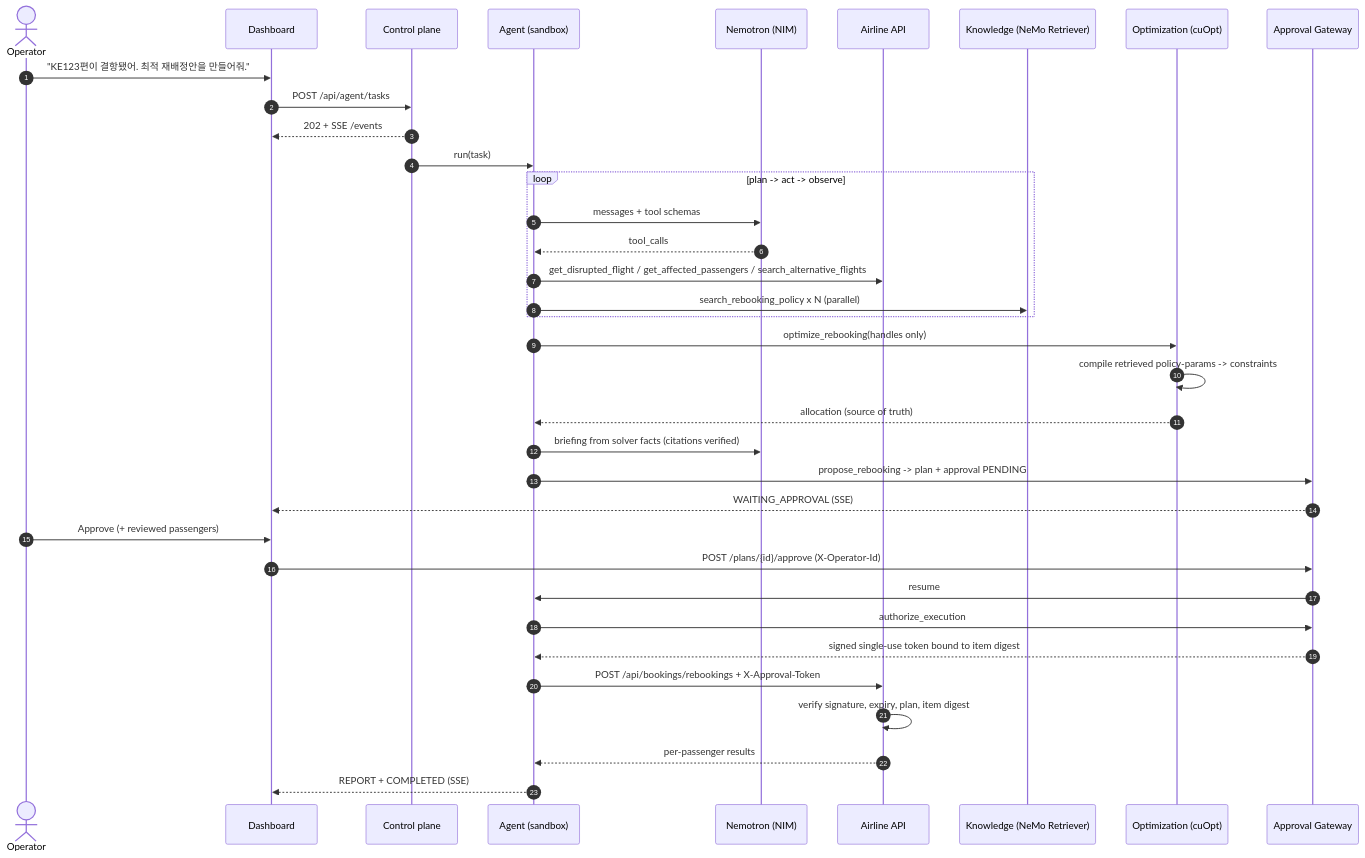
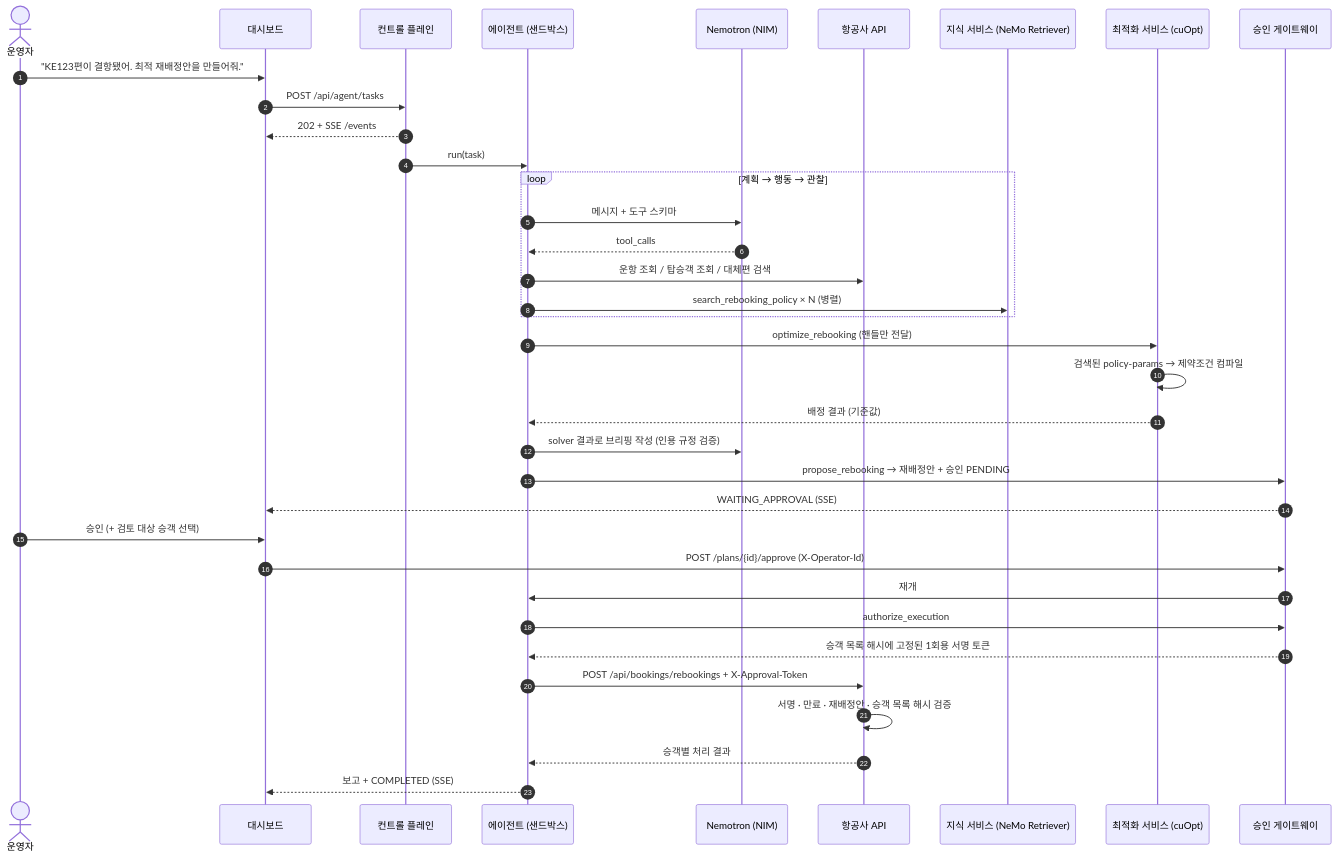
One commit to hyunolike/reroute-irops-agent changed the third of 7 diagrams in docs/architecture.md. Above: the diagram before and after it, drawn with Mermaid. The commit also changed other lines of this file and 2 other files, not shown here.

First line of the commit message:
Korean documentation: README, architecture, AWS deployment guide

````diff
--- a/docs/architecture.md
+++ b/docs/architecture.md
@@ -86,39 +94,39 @@
 ```mermaid
 sequenceDiagram
     autonumber
-    actor Op as Operator
-    participant UI as Dashboard
-    participant API as Control plane
-    participant AG as Agent (sandbox)
+    actor Op as 운영자
+    participant UI as 대시보드
+    participant API as 컨트롤 플레인
+    participant AG as 에이전트 (샌드박스)
     participant LLM as Nemotron (NIM)
-    participant AL as Airline API
-    participant KS as Knowledge (NeMo Retriever)
-    participant SOLVE as Optimization (cuOpt)
-    participant GW as Approval Gateway
+    participant AL as 항공사 API
+    participant KS as 지식 서비스 (NeMo Retriever)
+    participant SOLVE as 최적화 서비스 (cuOpt)
+    participant GW as 승인 게이트웨이
 
     Op->>UI: "KE123편이 결항됐어. 최적 재배정안을 만들어줘."
     UI->>API: POST /api/agent/tasks
     API-->>UI: 202 + SSE /events
     API->>AG: run(task)
-    loop plan -> act -> observe
-        AG->>LLM: messages + tool schemas
+    loop 계획 → 행동 → 관찰
+        AG->>LLM: 메시지 + 도구 스키마
         LLM-->>AG: tool_calls
-        AG->>AL: get_disrupted_flight / get_affected_passengers / search_alternative_flights
-        AG->>KS: search_rebooking_policy x N (parallel)
+        AG->>AL: 운항 조회 / 탑승객 조회 / 대체편 검색
+        AG->>KS: search_rebooking_policy × N (병렬)
     end
-    AG->>SOLVE: optimize_rebooking(handles only)
-    SOLVE->>SOLVE: compile retrieved policy-params -> constraints
-    SOLVE-->>AG: allocation (source of truth)
-    AG->>LLM: briefing from solver facts (citations verified)
-    AG->>GW: propose_rebooking -> plan + approval PENDING
+    AG->>SOLVE: optimize_rebooking (핸들만 전달)
+    SOLVE->>SOLVE: 검색된 policy-params → 제약조건 컴파일
+    SOLVE-->>AG: 배정 결과 (기준값)
+    AG->>LLM: solver 결과로 브리핑 작성 (인용 규정 검증)
+    AG->>GW: propose_rebooking → 재배정안 + 승인 PENDING
     GW-->>UI: WAITING_APPROVAL (SSE)
-    Op->>UI: Approve (+ reviewed passengers)
+    Op->>UI: 승인 (+ 검토 대상 승객 선택)
     UI->>GW: POST /plans/{id}/approve (X-Operator-Id)
-    GW->>AG: resume
+    GW->>AG: 재개
     AG->>GW: authorize_execution
-    GW-->>AG: signed single-use token bound to item digest
+    GW-->>AG: 승객 목록 해시에 고정된 1회용 서명 토큰
     AG->>AL: POST /api/bookings/rebookings + X-Approval-Token
-    AL->>AL: verify signature, expiry, plan, item digest
-    AL-->>AG: per-passenger results
-    AG-->>UI: REPORT + COMPLETED (SSE)
+    AL->>AL: 서명 · 만료 · 재배정안 · 승객 목록 해시 검증
+    AL-->>AG: 승객별 처리 결과
+    AG-->>UI: 보고 + COMPLETED (SSE)
 ```
````
